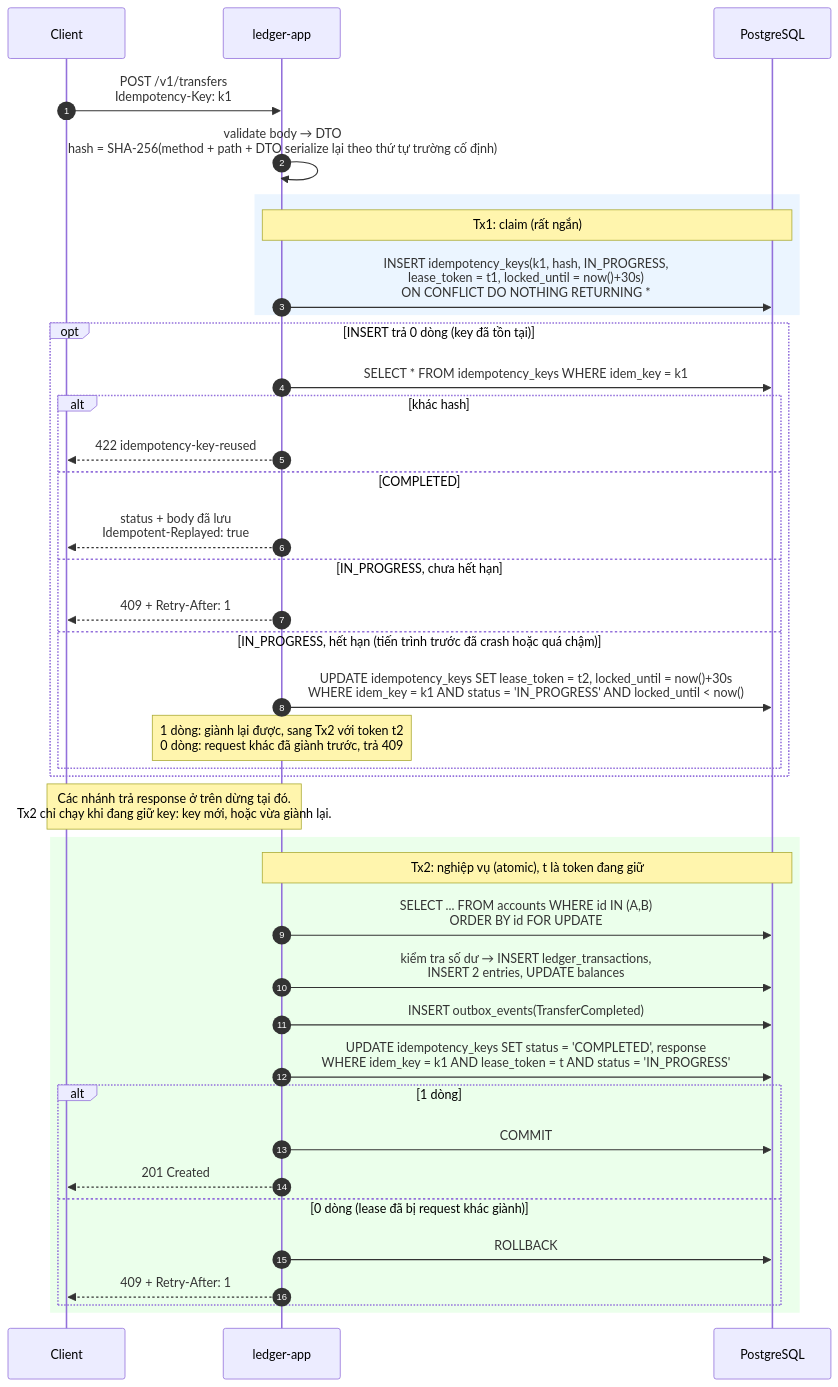
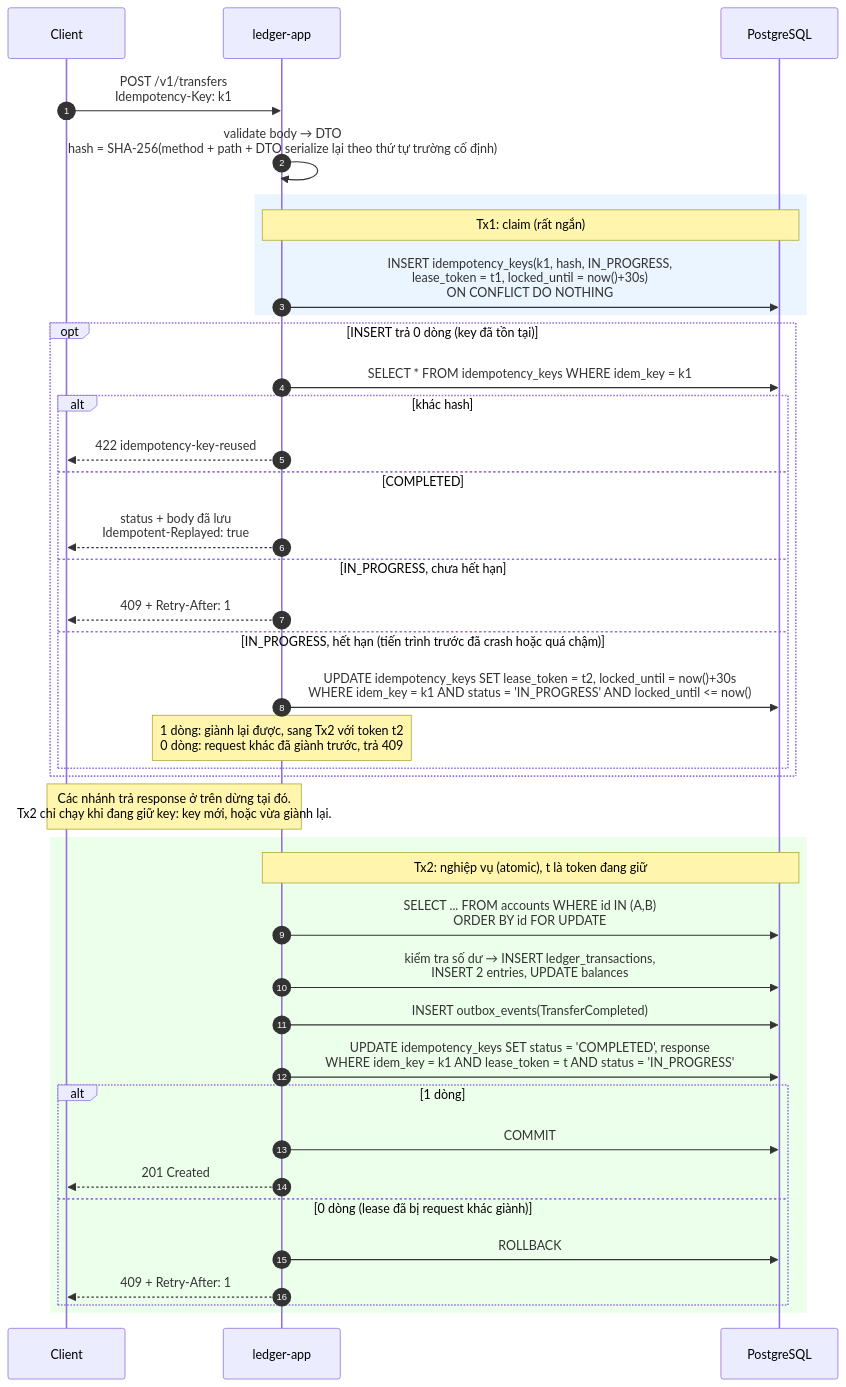
Before and after one commit to HoangThanhMan/ledgerly: the sixth of 10 diagrams in docs/01-kien-truc.md, drawn with Mermaid. The commit also changed other lines of this file and 10 other files, not shown here.

````diff
--- a/docs/01-kien-truc.md
+++ b/docs/01-kien-truc.md
@@ -307,45 +307,45 @@
 ```mermaid
 sequenceDiagram
     autonumber
     participant C as Client
     participant A as ledger-app
     participant DB as PostgreSQL
 
     C->>A: POST /v1/transfers<br/>Idempotency-Key: k1
     A->>A: validate body → DTO<br/>hash = SHA-256(method + path + DTO serialize lại theo thứ tự trường cố định)
 
     rect rgb(235, 245, 255)
     Note over A,DB: Tx1: claim (rất ngắn)
-    A->>DB: INSERT idempotency_keys(k1, hash, IN_PROGRESS,<br/>lease_token = t1, locked_until = now()+30s)<br/>ON CONFLICT DO NOTHING RETURNING *
+    A->>DB: INSERT idempotency_keys(k1, hash, IN_PROGRESS,<br/>lease_token = t1, locked_until = now()+30s)<br/>ON CONFLICT DO NOTHING
     end
 
     opt INSERT trả 0 dòng (key đã tồn tại)
         A->>DB: SELECT * FROM idempotency_keys WHERE idem_key = k1
         alt khác hash
             A-->>C: 422 idempotency-key-reused
         else COMPLETED
             A-->>C: status + body đã lưu<br/>Idempotent-Replayed: true
         else IN_PROGRESS, chưa hết hạn
             A-->>C: 409 + Retry-After: 1
         else IN_PROGRESS, hết hạn (tiến trình trước đã crash hoặc quá chậm)
-            A->>DB: UPDATE idempotency_keys SET lease_token = t2, locked_until = now()+30s<br/>WHERE idem_key = k1 AND status = 'IN_PROGRESS' AND locked_until < now()
+            A->>DB: UPDATE idempotency_keys SET lease_token = t2, locked_until = now()+30s<br/>WHERE idem_key = k1 AND status = 'IN_PROGRESS' AND locked_until <= now()
             Note over A: 1 dòng: giành lại được, sang Tx2 với token t2<br/>0 dòng: request khác đã giành trước, trả 409
         end
     end
     Note over C,A: Các nhánh trả response ở trên dừng tại đó.<br/>Tx2 chỉ chạy khi đang giữ key: key mới, hoặc vừa giành lại.
 
     rect rgb(235, 255, 235)
     Note over A,DB: Tx2: nghiệp vụ (atomic), t là token đang giữ
     A->>DB: SELECT ... FROM accounts WHERE id IN (A,B)<br/>ORDER BY id FOR UPDATE
     A->>DB: kiểm tra số dư → INSERT ledger_transactions,<br/>INSERT 2 entries, UPDATE balances
     A->>DB: INSERT outbox_events(TransferCompleted)
     A->>DB: UPDATE idempotency_keys SET status = 'COMPLETED', response<br/>WHERE idem_key = k1 AND lease_token = t AND status = 'IN_PROGRESS'
     alt 1 dòng
         A->>DB: COMMIT
         A-->>C: 201 Created
     else 0 dòng (lease đã bị request khác giành)
         A->>DB: ROLLBACK
         A-->>C: 409 + Retry-After: 1
     end
     end
 ```
````
